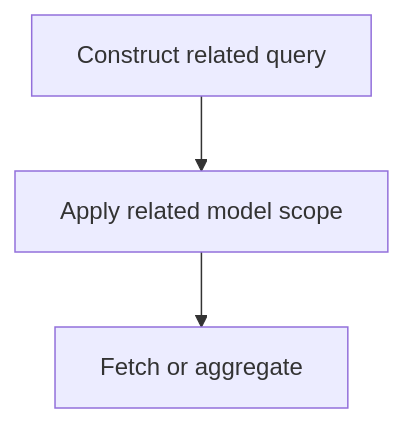
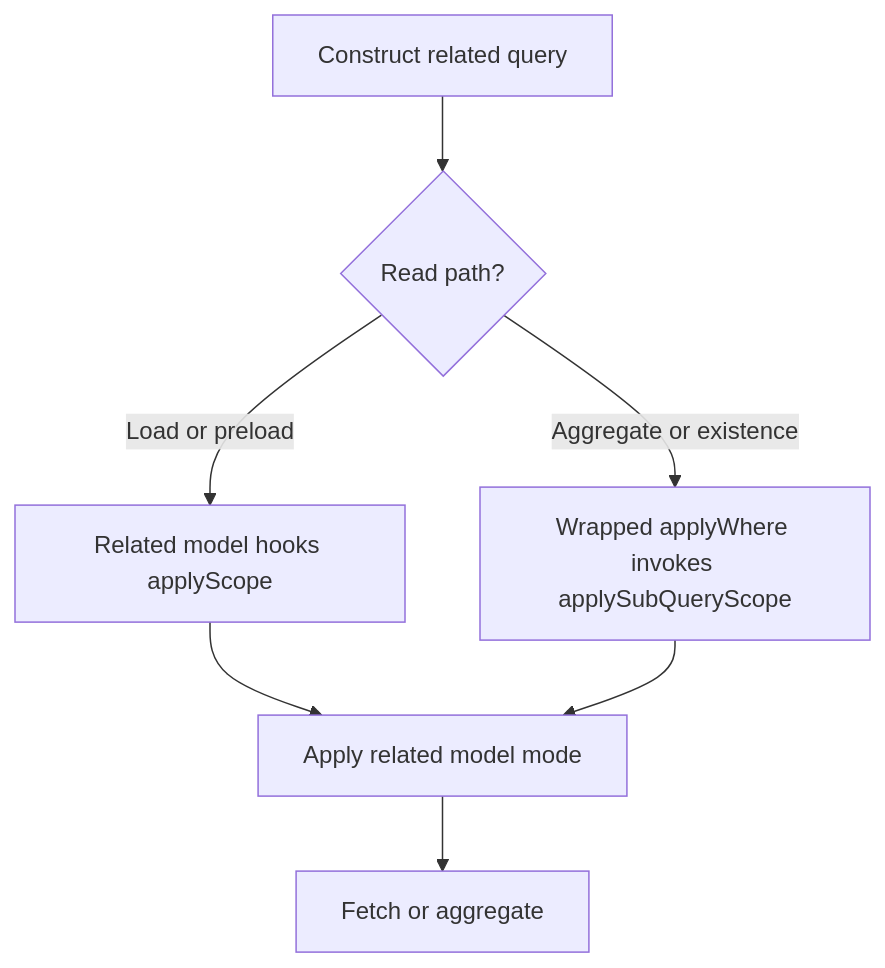
Before and after one commit to Kevinjohn/oss-adonisjs-lucid-soft-delete: the second of 2 diagrams in user-stories/integration/us-app-10-relations.md, drawn with Mermaid. The commit also changed other lines of this file and 22 other files, not shown here.

Commit message:
docs: verify user story paths and Mermaid flows against implementation

````diff
--- a/user-stories/integration/us-app-10-relations.md
+++ b/user-stories/integration/us-app-10-relations.md
@@ -26,4 +26,9 @@
 ```mermaid
 flowchart TD
-    A["Construct related query"] --> B["Apply related model scope"] --> C["Fetch or aggregate"]
+    A["Construct related query"] --> B{"Read path?"}
+    B -->|Load or preload| C["Related model hooks applyScope"]
+    B -->|Aggregate or existence| D["Wrapped applyWhere invokes applySubQueryScope"]
+    C --> E["Apply related model mode"]
+    D --> E
+    E --> F["Fetch or aggregate"]
 ```
````
